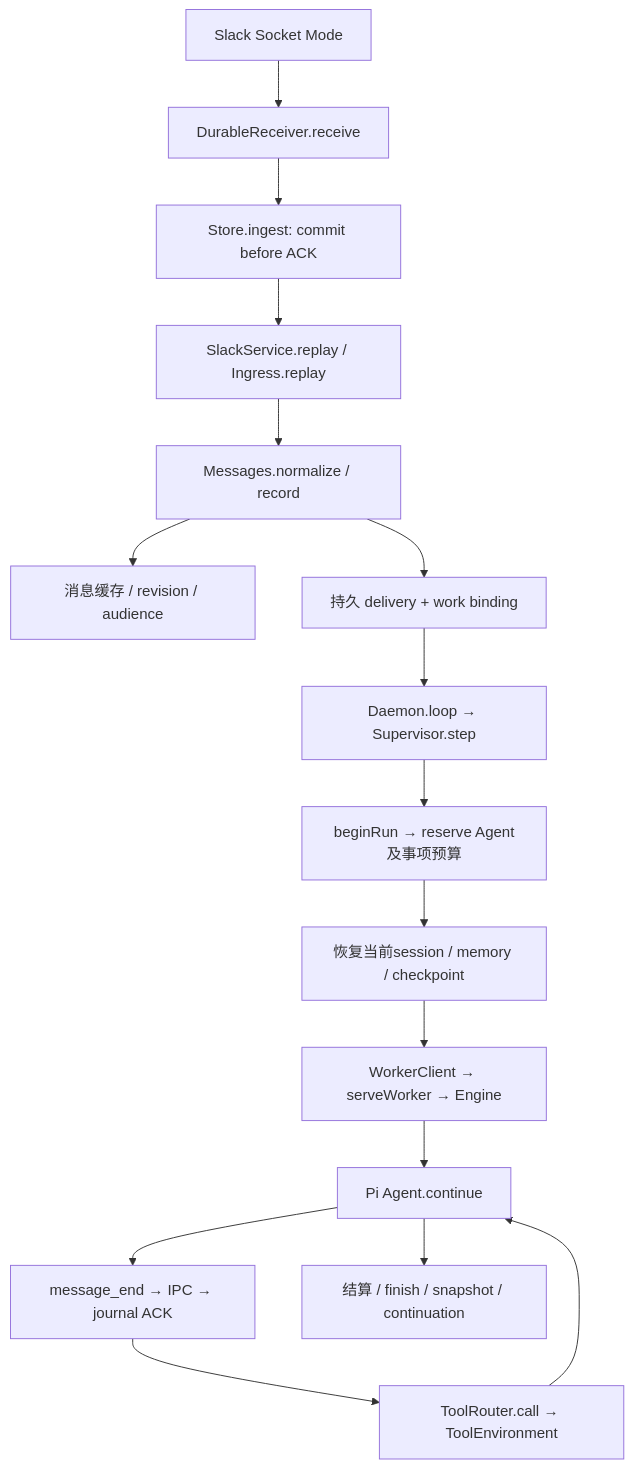
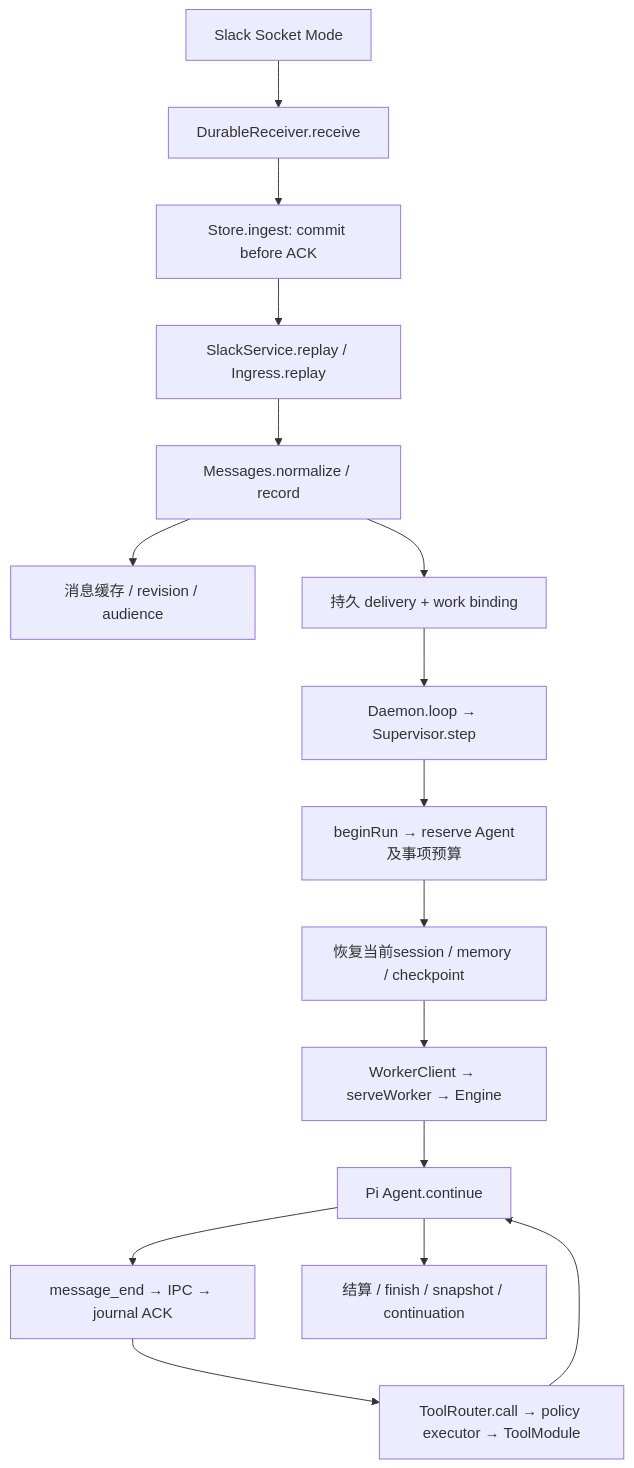
Before and after one commit to yy4382/mate: the diagram in docs/HOW_IT_WORKS.md, drawn with Mermaid. The commit also changed other lines of this file and 13 other files, not shown here.

````diff
--- a/docs/HOW_IT_WORKS.md
+++ b/docs/HOW_IT_WORKS.md
@@ -11,18 +11,18 @@
 ```mermaid
 flowchart TD
   Slack[Slack Socket Mode] --> Receive[DurableReceiver.receive]
   Receive --> Persist[Store.ingest: commit before ACK]
   Persist --> Replay[SlackService.replay / Ingress.replay]
   Replay --> Messages[Messages.normalize / record]
   Messages --> Events[消息缓存 / revision / audience]
   Messages --> Inbox[持久 delivery + work binding]
   Inbox --> Run[Daemon.loop → Supervisor.step]
   Run --> Budget[beginRun → reserve Agent及事项预算]
   Budget --> Restore[恢复当前session / memory / checkpoint]
   Restore --> Worker[WorkerClient → serveWorker → Engine]
   Worker --> Pi[Pi Agent.continue]
   Pi --> Journal[message_end → IPC → journal ACK]
-  Journal --> Tool[ToolRouter.call → ToolEnvironment]
+  Journal --> Tool[ToolRouter.call → policy executor → ToolModule]
   Tool --> Pi
   Pi --> Finish[结算 / finish / snapshot / continuation]
 ```
````
